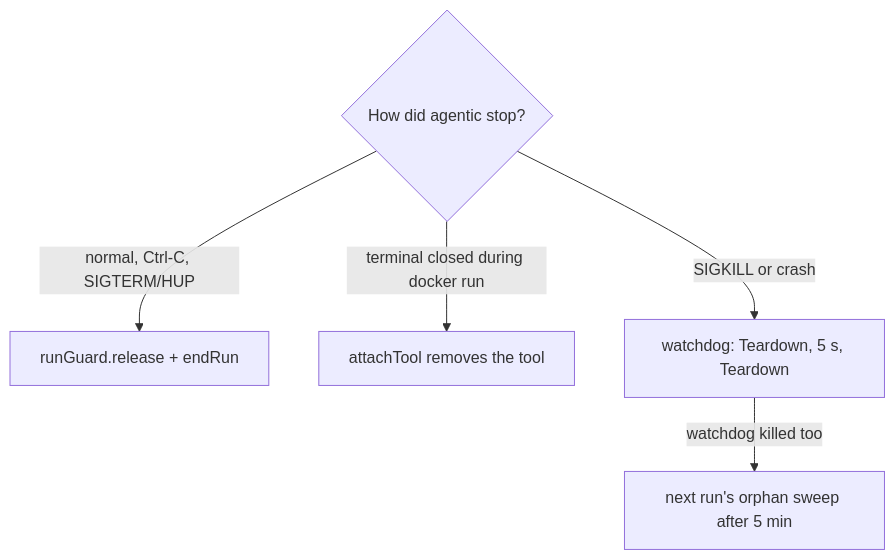
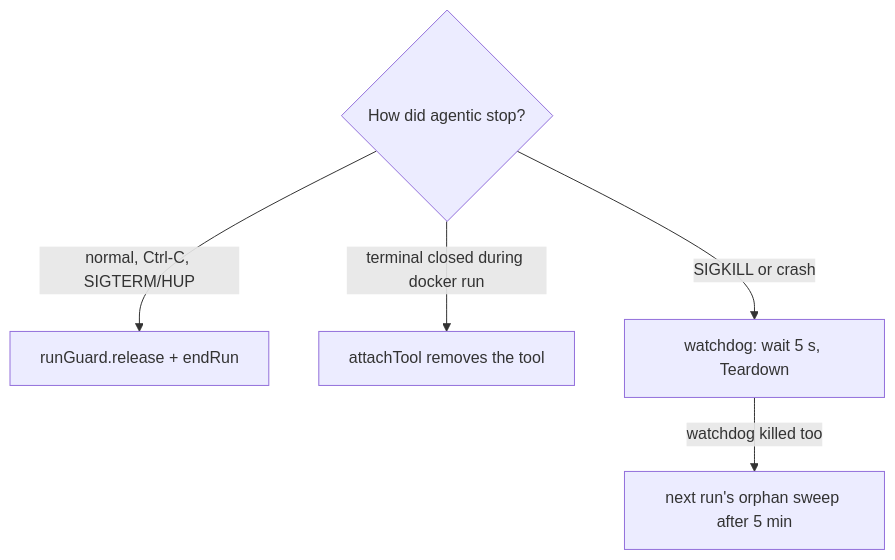
One commit to dylanvgils/agentic-cli changed the third of 3 diagrams in docs/run-flow.md. Above: the diagram before and after it, drawn with Mermaid. The commit also changed other lines of this file and 3 other files, not shown here.

````diff
--- a/docs/run-flow.md
+++ b/docs/run-flow.md
@@ -144,8 +144,8 @@
 ```mermaid
 flowchart TD
     exit{How did agentic stop?}
     exit -->|normal, Ctrl-C, SIGTERM/HUP| guard["runGuard.release + endRun"]
     exit -->|terminal closed during docker run| attach["attachTool removes the tool"]
-    exit -->|SIGKILL or crash| watchdog["watchdog: Teardown, 5 s, Teardown"]
+    exit -->|SIGKILL or crash| watchdog["watchdog: wait 5 s, Teardown"]
     watchdog -->|watchdog killed too| sweep["next run's orphan sweep after 5 min"]
 ```
````
